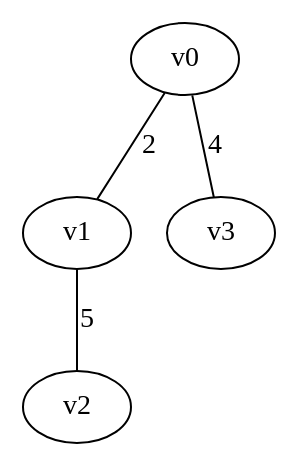
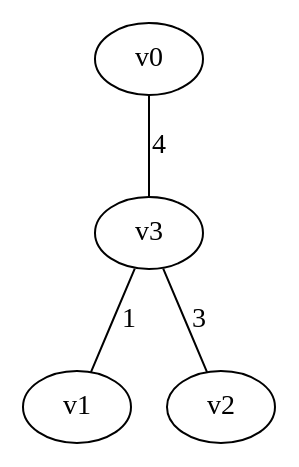
Before and after one commit to japie1235813/Algo_PA3: the diagram in outputs/gn4_bfs_2.dot, drawn with Graphviz. The commit also changed 18 other files, not shown here.

```diff
--- a/outputs/gn4_bfs_2.dot
+++ b/outputs/gn4_bfs_2.dot
@@ -1,5 +1,5 @@
 graph gn4_bfs {
-v0 -- v1 [label = "2"];
 v0 -- v3 [label = "4"];
-v1 -- v2 [label = "5"];
+v3 -- v1 [label = "1"];
+v3 -- v2 [label = "3"];
 }
```
